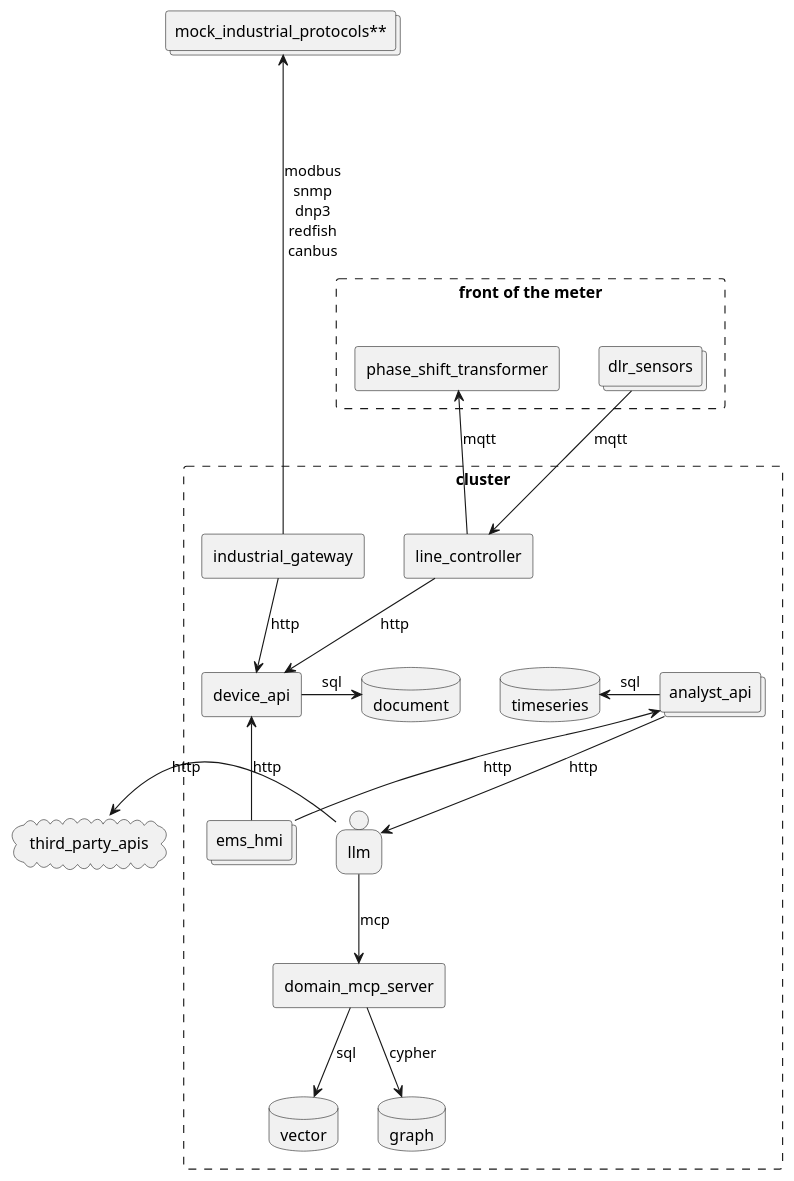
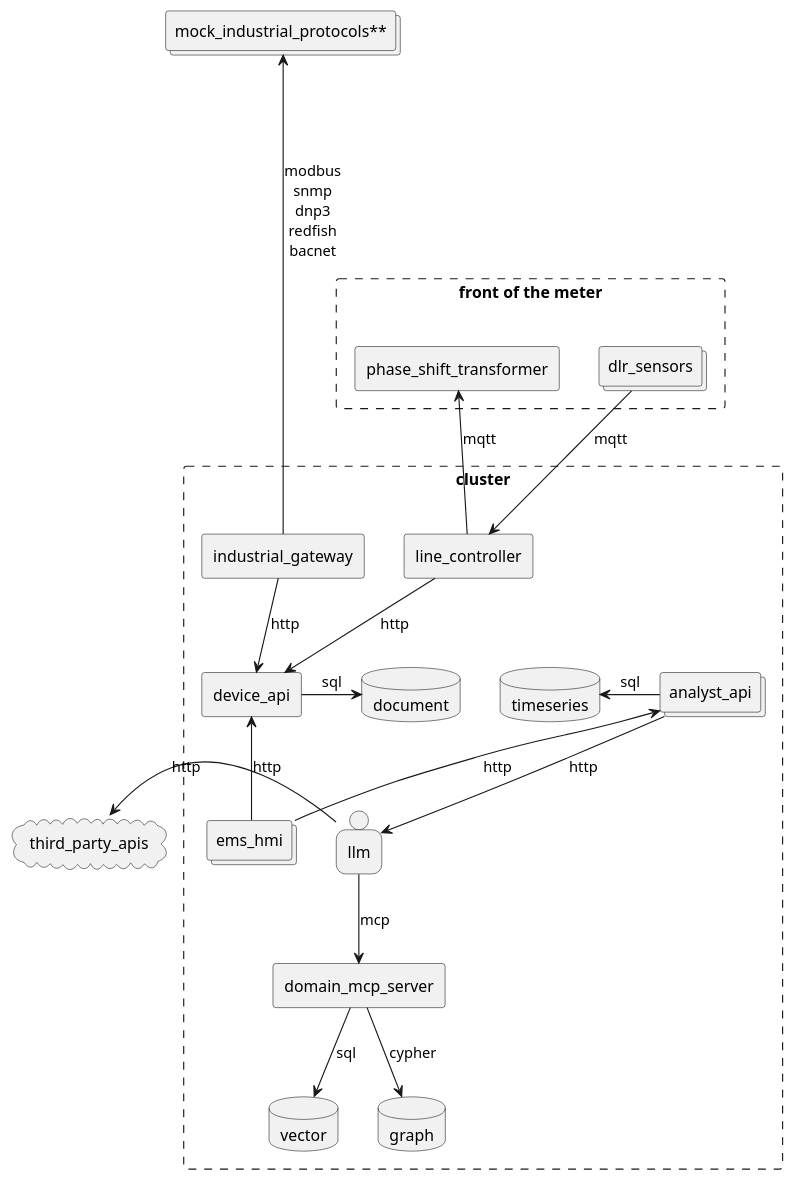
One commit to arcnode-io/ems changed the first of 6 diagrams in readme.md. Above: the diagram before and after it, drawn with PlantUML. The commit also changed other lines of this file, not shown here.

````diff
--- a/readme.md
+++ b/readme.md
@@ -28,35 +28,35 @@
 ```plantuml
 collections "mock_industrial_protocols**" as mock_industrial_protocols
 rectangle  "front of the meter" #line.dashed {
   collections dlr_sensors
   rectangle phase_shift_transformer
 }
 cloud third_party_apis
 rectangle cluster #line.dashed {
     rectangle industrial_gateway
     rectangle line_controller
     rectangle device_api
     database timeseries
     database vector
     database graph
     collections analyst_api
     database document
     collections ems_hmi
     person llm
     rectangle domain_mcp_server
 }
 dlr_sensors -d-> line_controller: mqtt
 line_controller -u-> phase_shift_transformer: mqtt
-industrial_gateway -u---> mock_industrial_protocols: modbus\nsnmp\ndnp3\nredfish\ncanbus
+industrial_gateway -u---> mock_industrial_protocols: modbus\nsnmp\ndnp3\nredfish\nbacnet
 line_controller -d-> device_api: http
 industrial_gateway -d-> device_api: http
 ems_hmi -u-> device_api: http
 device_api -r-> document: sql
 analyst_api -l-> timeseries: sql
 llm -d-> domain_mcp_server: mcp
 domain_mcp_server -d-> vector: sql
 domain_mcp_server -d-> graph: cypher
 ems_hmi -u-> analyst_api: http
 analyst_api -d-> llm: http
 llm -l-> third_party_apis: http
 ```
````
